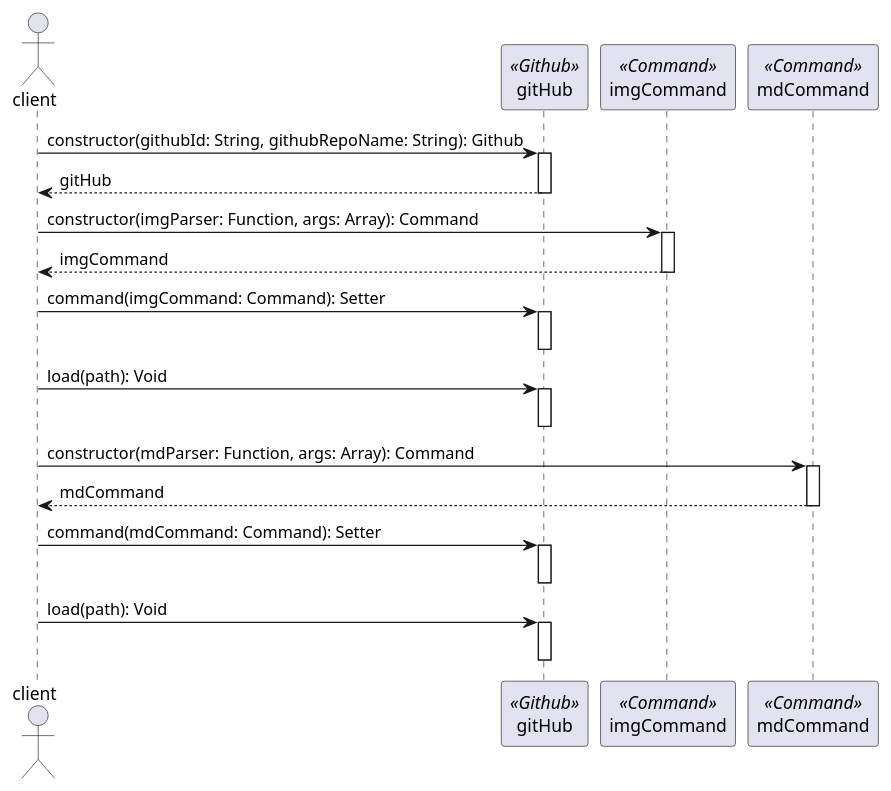
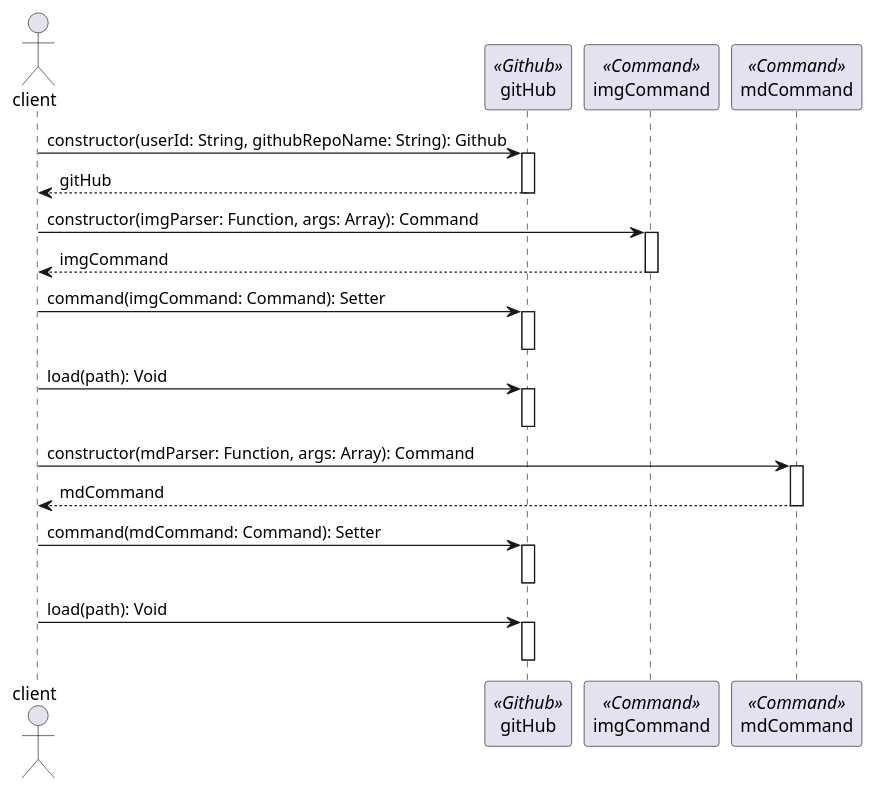
One commit to expert0226/codespitz changed the sixth of 8 diagrams in src/main/resources/codespitz79/designpattern/day02/day02.adoc. Above: the diagram before and after it, drawn with PlantUML. The commit also changed other lines of this file and 4 other files, not shown here.

```diff
--- a/src/main/resources/codespitz79/designpattern/day02/day02.adoc
+++ b/src/main/resources/codespitz79/designpattern/day02/day02.adoc
@@ -225,35 +225,35 @@
 [plantuml, commandPattern_sequence, png]
 .....
 actor client
 participant gitHub <<Github>>
 participant imgCommand <<Command>>
 participant mdCommand <<Command>>
 
-client -> gitHub: constructor(githubId: String, githubRepoName: String): Github
+client -> gitHub: constructor(userId: String, githubRepoName: String): Github
 activate gitHub
 return gitHub
 
 client -> imgCommand: constructor(imgParser: Function, args: Array): Command
 activate imgCommand
 return imgCommand
 
 client -> gitHub: command(imgCommand: Command): Setter
 activate gitHub
 deactivate gitHub
 
 client -> gitHub: load(path): Void
 activate gitHub
 deactivate gitHub
 
 client -> mdCommand: constructor(mdParser: Function, args: Array): Command
 activate mdCommand
 return mdCommand
 
 client -> gitHub: command(mdCommand: Command): Setter
 activate gitHub
 deactivate gitHub
 
 client -> gitHub: load(path): Void
 activate gitHub
 deactivate gitHub
 .....
```
